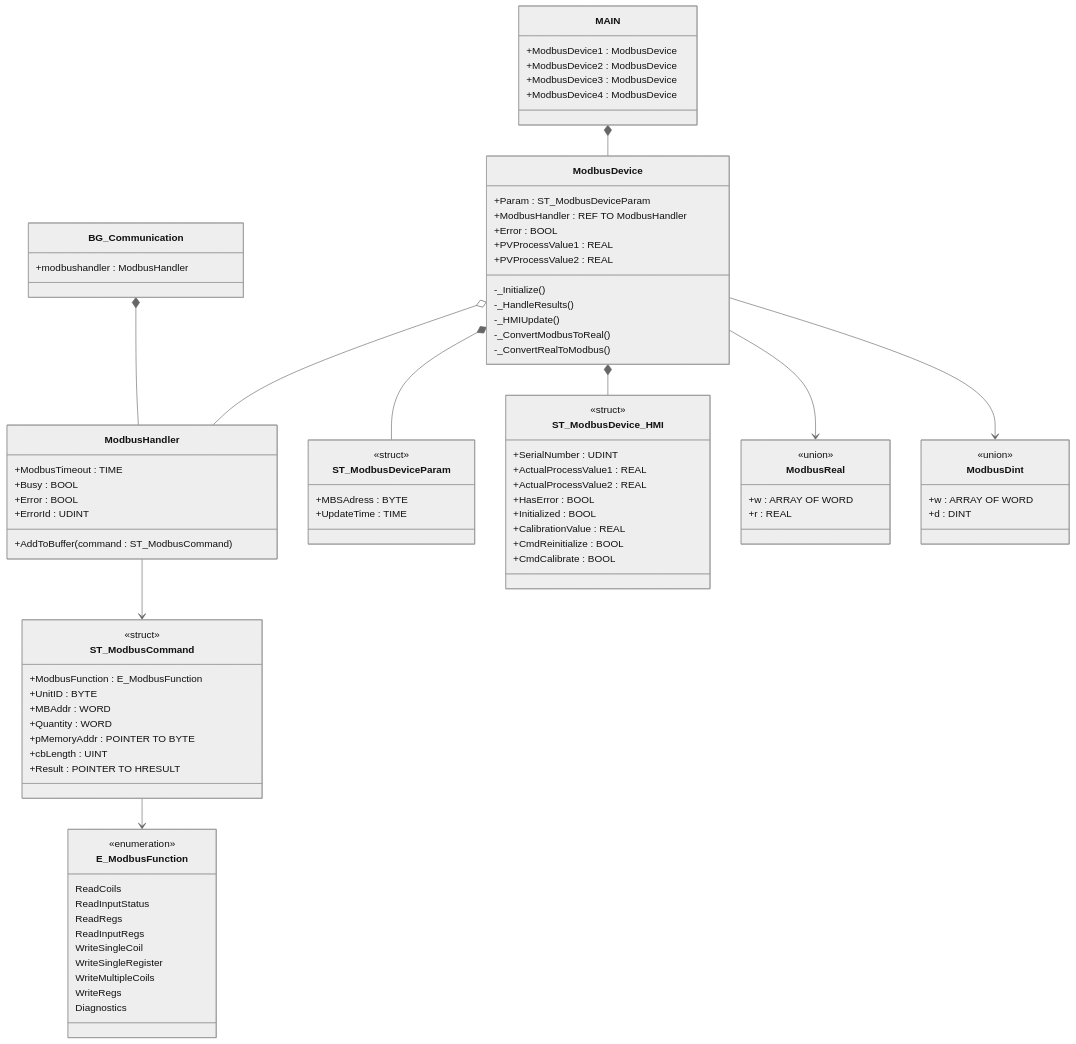
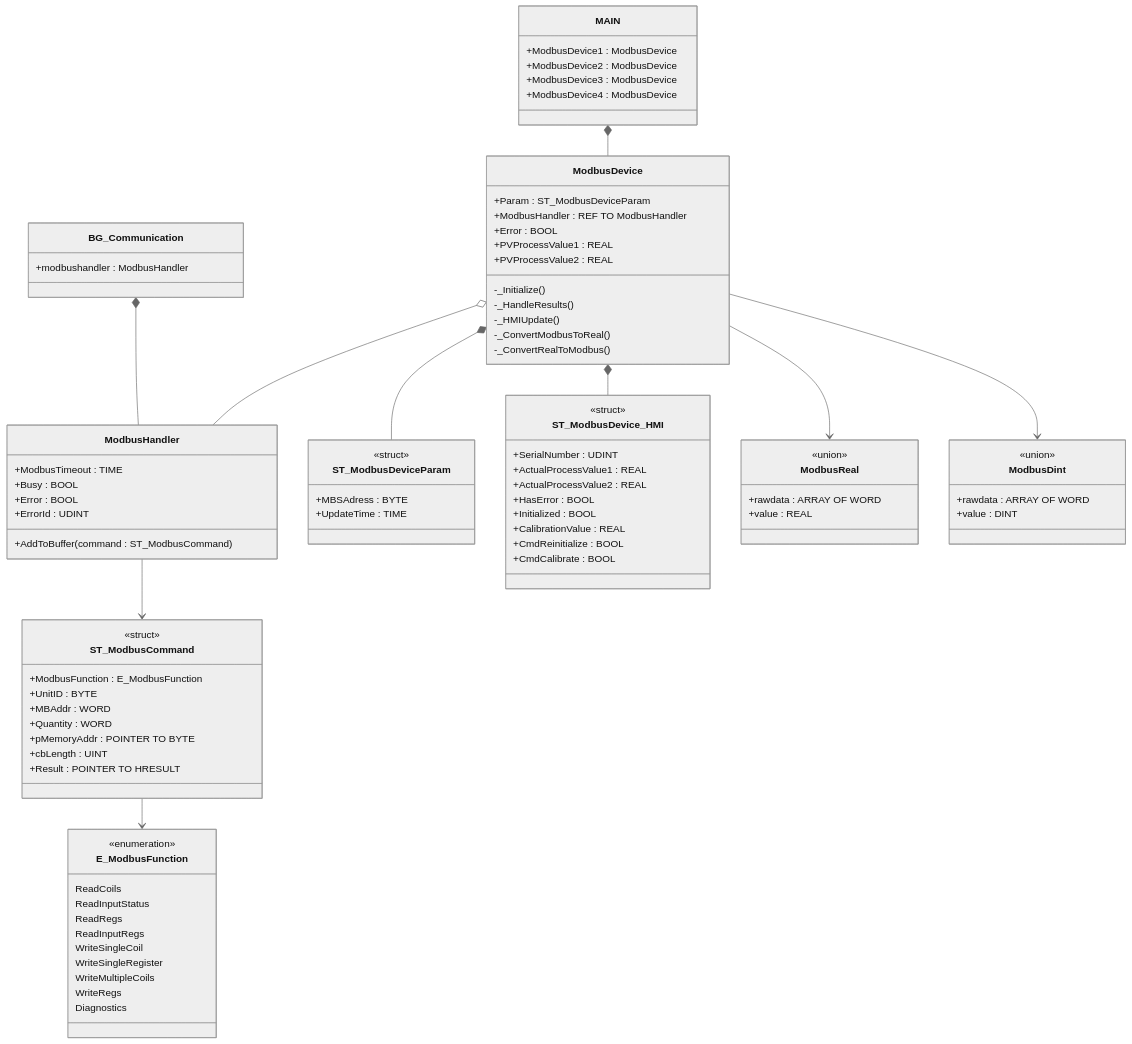
The diagram in README.md (Beckhoff-Belgium/Sample-PLC-ModbusRTUHandler), drawn with Mermaid (neutral theme) before and after one commit. The commit also changed other lines of this file, not shown here.

```diff
--- a/README.md
+++ b/README.md
@@ -230,13 +239,13 @@
     }
     class ModbusReal {
         <<union>>
-        +w : ARRAY OF WORD
-        +r : REAL
+        +rawdata : ARRAY OF WORD
+        +value : REAL
     }
     class ModbusDint {
         <<union>>
-        +w : ARRAY OF WORD
-        +d : DINT
+        +rawdata : ARRAY OF WORD
+        +value : DINT
     }
 
     BG_Communication *-- ModbusHandler
```
